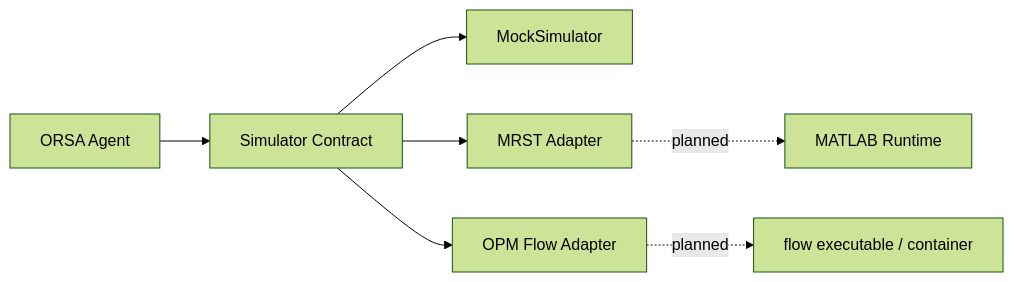
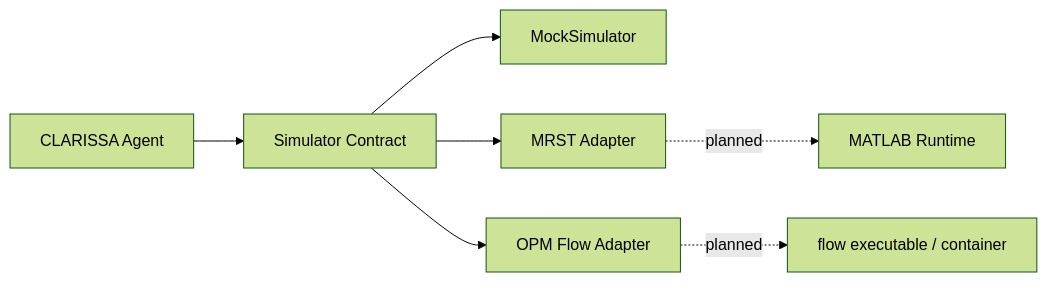
One commit to wolfram-laube/clarissa changed the diagram in docs/architecture/diagrams/adapter_layer.mmd. Above: the diagram before and after it, drawn with Mermaid (forest theme). The commit also changed 36 other files, not shown here.

Commit message:
refactor: rename ORSA to CLARISSA (Conversational Language Agent for Reservoir Integrated Simulation System Analysis) (batch 1/2)

```diff
--- a/docs/architecture/diagrams/adapter_layer.mmd
+++ b/docs/architecture/diagrams/adapter_layer.mmd
@@ -1,7 +1,7 @@
 flowchart LR
-  A[ORSA Agent] --> C[Simulator Contract]
+  A[CLARISSA Agent] --> C[Simulator Contract]
   C --> M[MockSimulator]
   C --> MRST[MRST Adapter]
   C --> OPM[OPM Flow Adapter]
   MRST -. planned .-> MR[MATLAB Runtime]
   OPM -. planned .-> F[flow executable / container]
```
